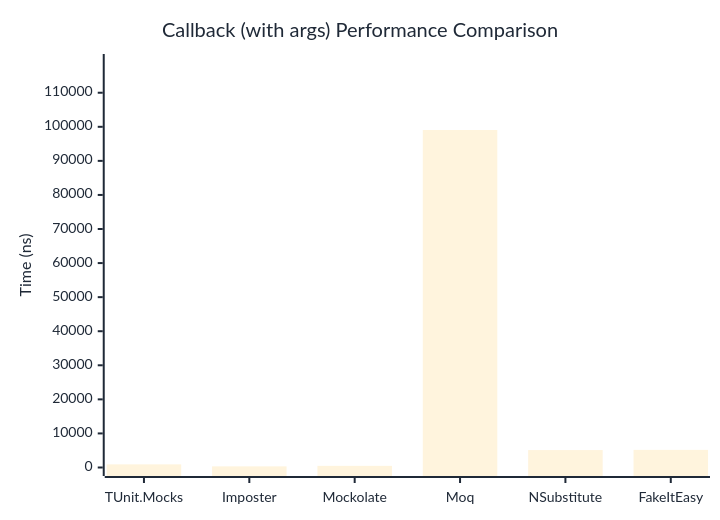
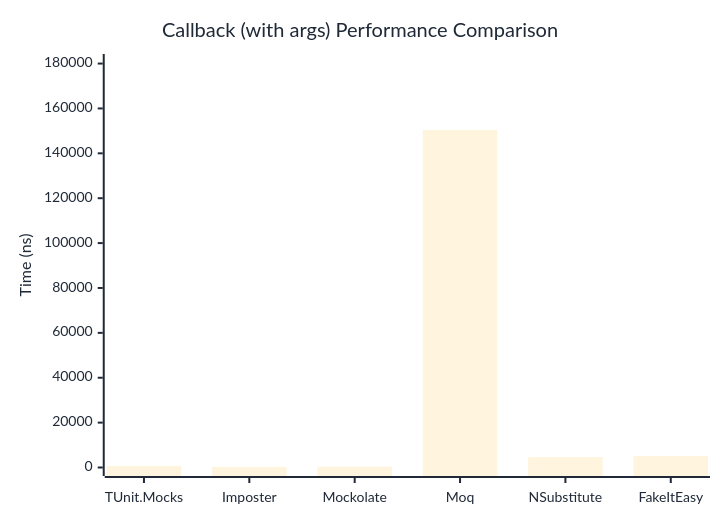
One commit to thomhurst/TUnit changed the second of 2 diagrams in docs/docs/benchmarks/mocks/Callback.md. Above: the diagram before and after it, drawn with Mermaid. The commit also changed other lines of this file and 14 other files, not shown here.

````diff
--- a/docs/docs/benchmarks/mocks/Callback.md
+++ b/docs/docs/benchmarks/mocks/Callback.md
@@ -71,27 +71,27 @@
 ```mermaid
 %%{init: {
   'theme':'base',
   'themeVariables': {
     'primaryColor': '#2563eb',
     'primaryTextColor': '#1f2937',
     'primaryBorderColor': '#1e40af',
     'lineColor': '#6b7280',
     'secondaryColor': '#7c3aed',
     'tertiaryColor': '#dc2626',
     'background': '#ffffff',
     'pie1': '#2563eb',
     'pie2': '#7c3aed',
     'pie3': '#dc2626',
     'pie4': '#f59e0b',
     'pie5': '#10b981',
     'pie6': '#06b6d4',
     'pie7': '#ec4899',
     'pie8': '#6366f1'
   }
 }}%%
 xychart-beta
   title "Callback (with args) Performance Comparison"
   x-axis ["TUnit.Mocks", "Imposter", "Mockolate", "Moq", "NSubstitute", "FakeItEasy"]
-  y-axis "Time (ns)" 0 --> 118873
-  bar [924.6, 332.4, 482.4, 99060.8, 5117.8, 5171.4]
+  y-axis "Time (ns)" 0 --> 180472
+  bar [689.1, 260.8, 363.6, 150392.9, 4601.6, 5168.3]
 ```
````
